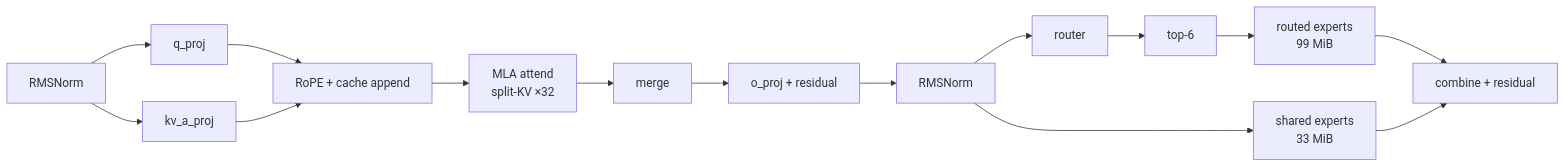
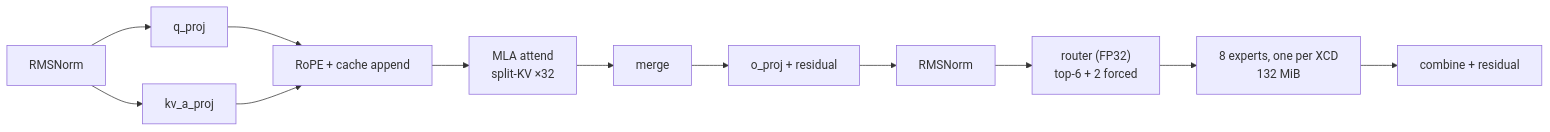
The diagram in README.md (GolfOscarr/fleet-amd-task), drawn with Mermaid before and after one commit. The commit also changed other lines of this file and 2 other files, not shown here.

````diff
--- a/README.md
+++ b/README.md
@@ -52,12 +52,11 @@
 ```mermaid
 graph LR
   N1[RMSNorm] --> QP[q_proj] & KVA[kv_a_proj]
   QP & KVA --> RP[RoPE + cache append]
   RP --> ATT["MLA attend<br/>split-KV ×32"]
   ATT --> MRG[merge] --> OP[o_proj + residual]
   OP --> N2[RMSNorm]
-  N2 --> R[router] --> TK[top-6]
-  TK --> RE["routed experts<br/>99 MiB"]
-  N2 --> SE["shared experts<br/>33 MiB"]
-  RE & SE --> C[combine + residual]
+  N2 --> R["router (FP32)<br/>top-6 + 2 forced"]
+  R --> E["8 experts, one per XCD<br/>132 MiB"]
+  E --> C[combine + residual]
 ```
````
